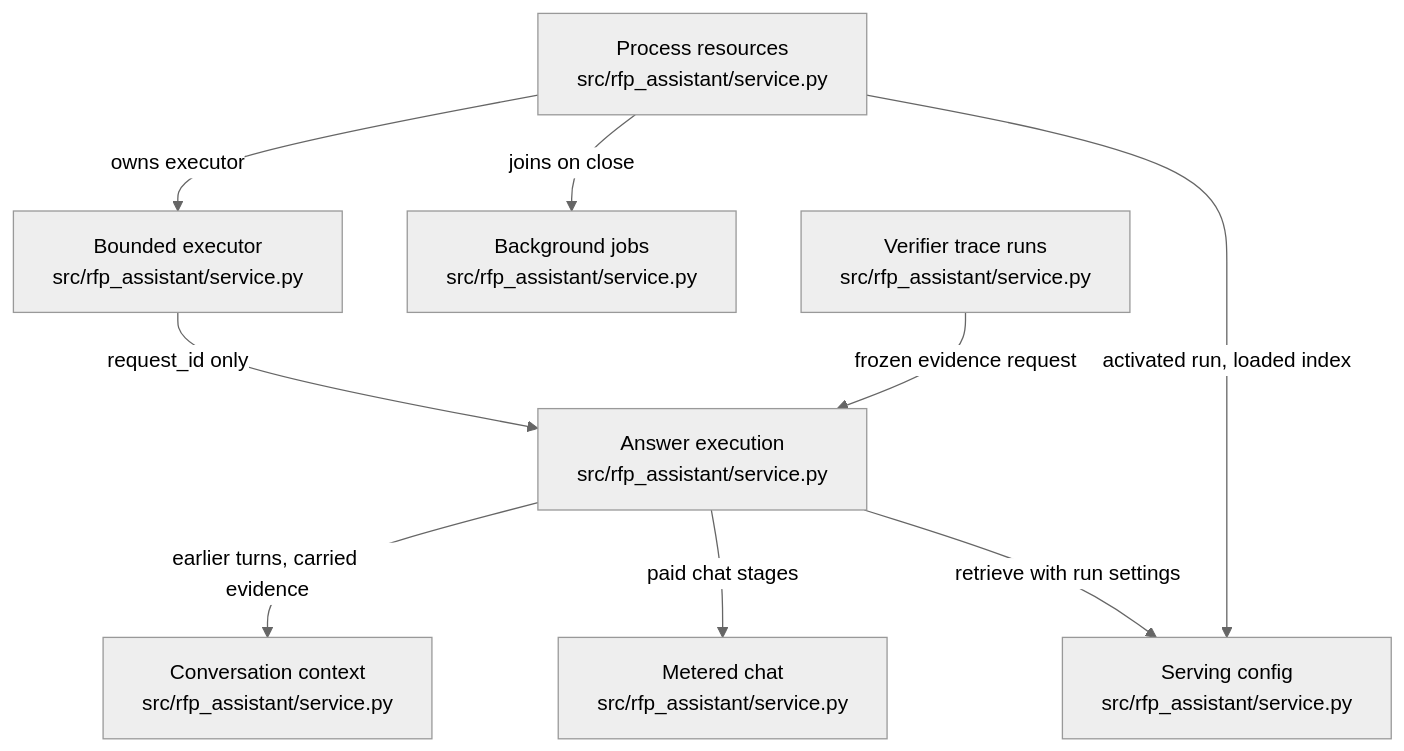
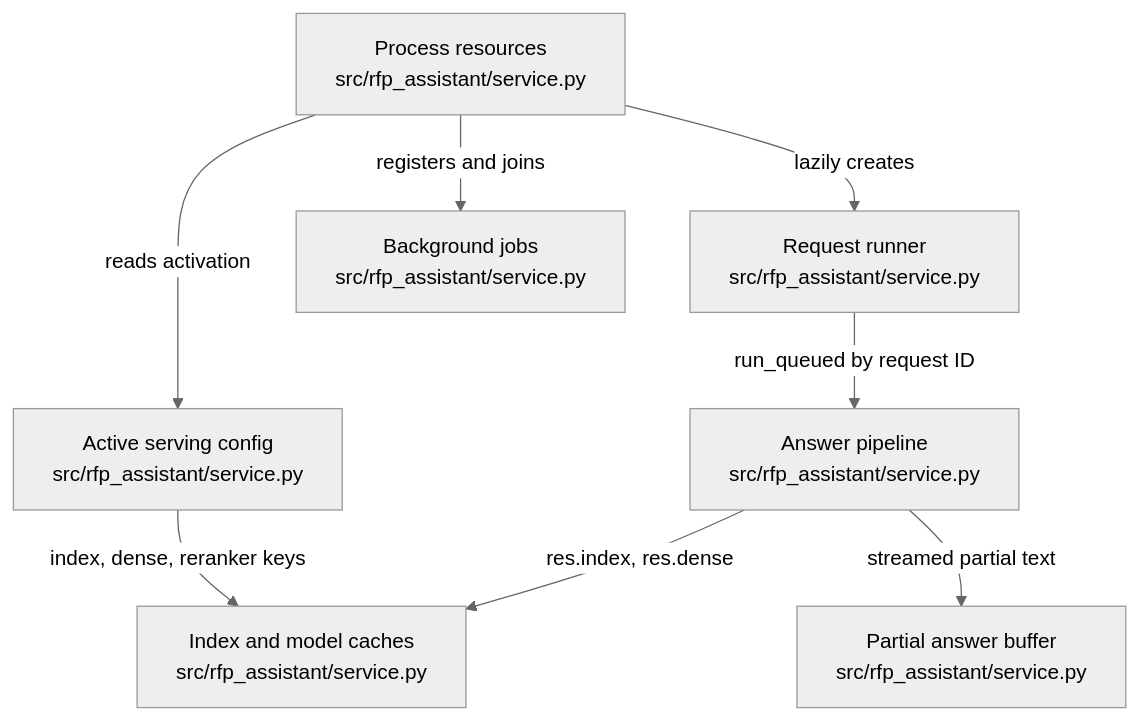
One commit to littleeeeebit/project-codeit-mid changed the diagram in .omm/overall-architecture/service-core/diagram.mmd. Above: the diagram before and after it, drawn with Mermaid (neutral theme). The commit also changed 413 other files, not shown here.

```diff
--- a/.omm/overall-architecture/service-core/diagram.mmd
+++ b/.omm/overall-architecture/service-core/diagram.mmd
@@ -1,9 +1,8 @@
 graph TD
-  app-resources["Process resources\nsrc/rfp_assistant/service.py"] -->|"owns executor"| request-runner["Bounded executor\nsrc/rfp_assistant/service.py"]
-  request-runner -->|"request_id only"| answer-pipeline["Answer execution\nsrc/rfp_assistant/service.py"]
-  answer-pipeline -->|"earlier turns, carried evidence"| conversation-context["Conversation context\nsrc/rfp_assistant/service.py"]
-  answer-pipeline -->|"paid chat stages"| metered-chat["Metered chat\nsrc/rfp_assistant/service.py"]
-  answer-pipeline -->|"retrieve with run settings"| serving-config["Serving config\nsrc/rfp_assistant/service.py"]
-  app-resources -->|"activated run, loaded index"| serving-config
-  app-resources -->|"joins on close"| background-jobs["Background jobs\nsrc/rfp_assistant/service.py"]
-  verifier-runs["Verifier trace runs\nsrc/rfp_assistant/service.py"] -->|"frozen evidence request"| answer-pipeline
+  resources["Process resources\nsrc/rfp_assistant/service.py"] -->|"lazily creates"| request-runner["Request runner\nsrc/rfp_assistant/service.py"]
+  resources -->|"reads activation"| active-serving["Active serving config\nsrc/rfp_assistant/service.py"]
+  active-serving -->|"index, dense, reranker keys"| model-caches["Index and model caches\nsrc/rfp_assistant/service.py"]
+  request-runner -->|"run_queued by request ID"| answer-pipeline["Answer pipeline\nsrc/rfp_assistant/service.py"]
+  answer-pipeline -->|"res.index, res.dense"| model-caches
+  answer-pipeline -->|"streamed partial text"| partials-buffer["Partial answer buffer\nsrc/rfp_assistant/service.py"]
+  resources -->|"registers and joins"| background-jobs["Background jobs\nsrc/rfp_assistant/service.py"]
```
